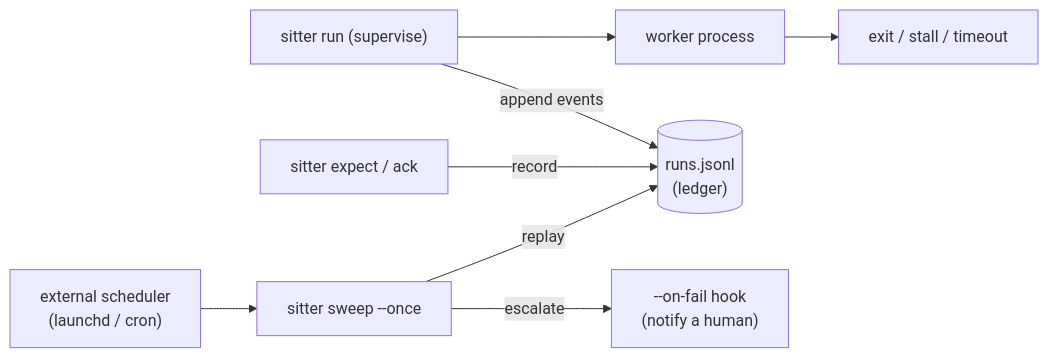
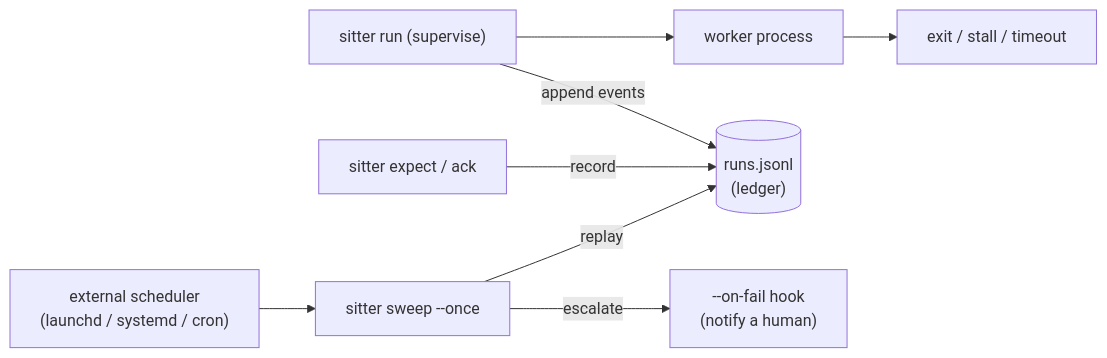
Before and after one commit to caty-ai/sitter: the diagram in docs/engineering.md, drawn with Mermaid. The commit also changed other lines of this file and 2 other files, not shown here.

First line of the commit message:
docs: review delta — WSL2 caveat precision (linger, systemd default, PowerShell, sudo)

````diff
--- a/docs/engineering.md
+++ b/docs/engineering.md
@@ -252,10 +252,10 @@
 ```mermaid
 flowchart LR
     RUN["sitter run (supervise)"] --> W["worker process"]
     W --> OUT["exit / stall / timeout"]
     RUN -- "append events" --> L[("runs.jsonl<br/>(ledger)")]
     EA["sitter expect / ack"] -- "record" --> L
-    SCHED["external scheduler<br/>(launchd / cron)"] --> SW["sitter sweep --once"]
+    SCHED["external scheduler<br/>(launchd / systemd / cron)"] --> SW["sitter sweep --once"]
     SW -- "replay" --> L
     SW -- "escalate" --> HOOK["--on-fail hook<br/>(notify a human)"]
 ```
````
